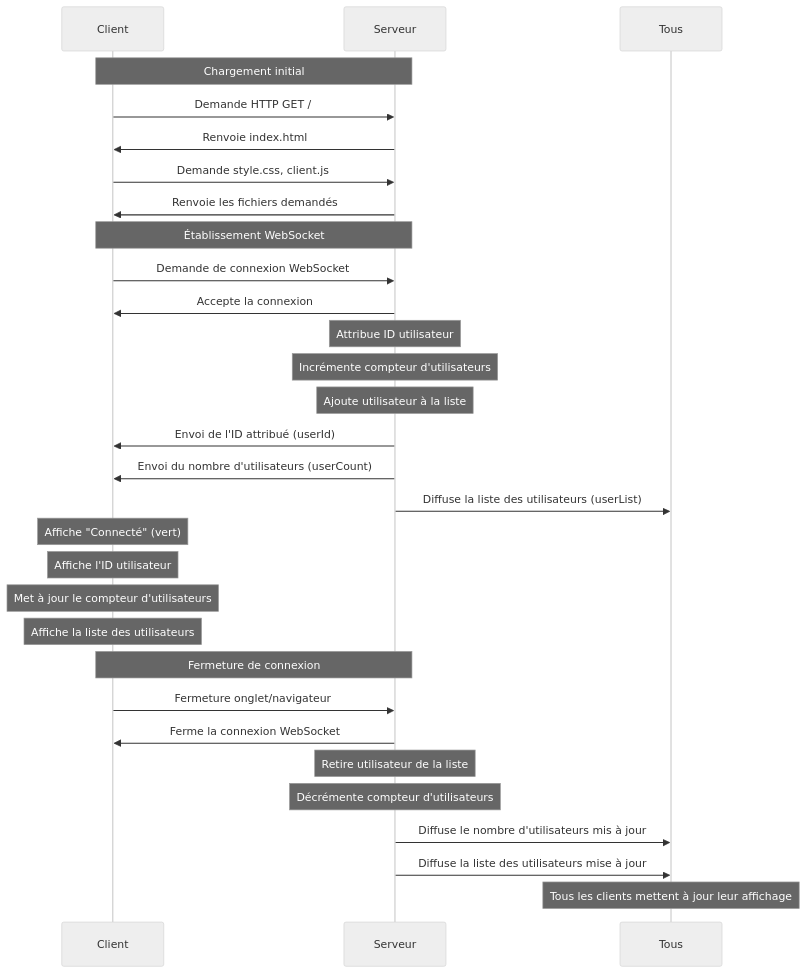
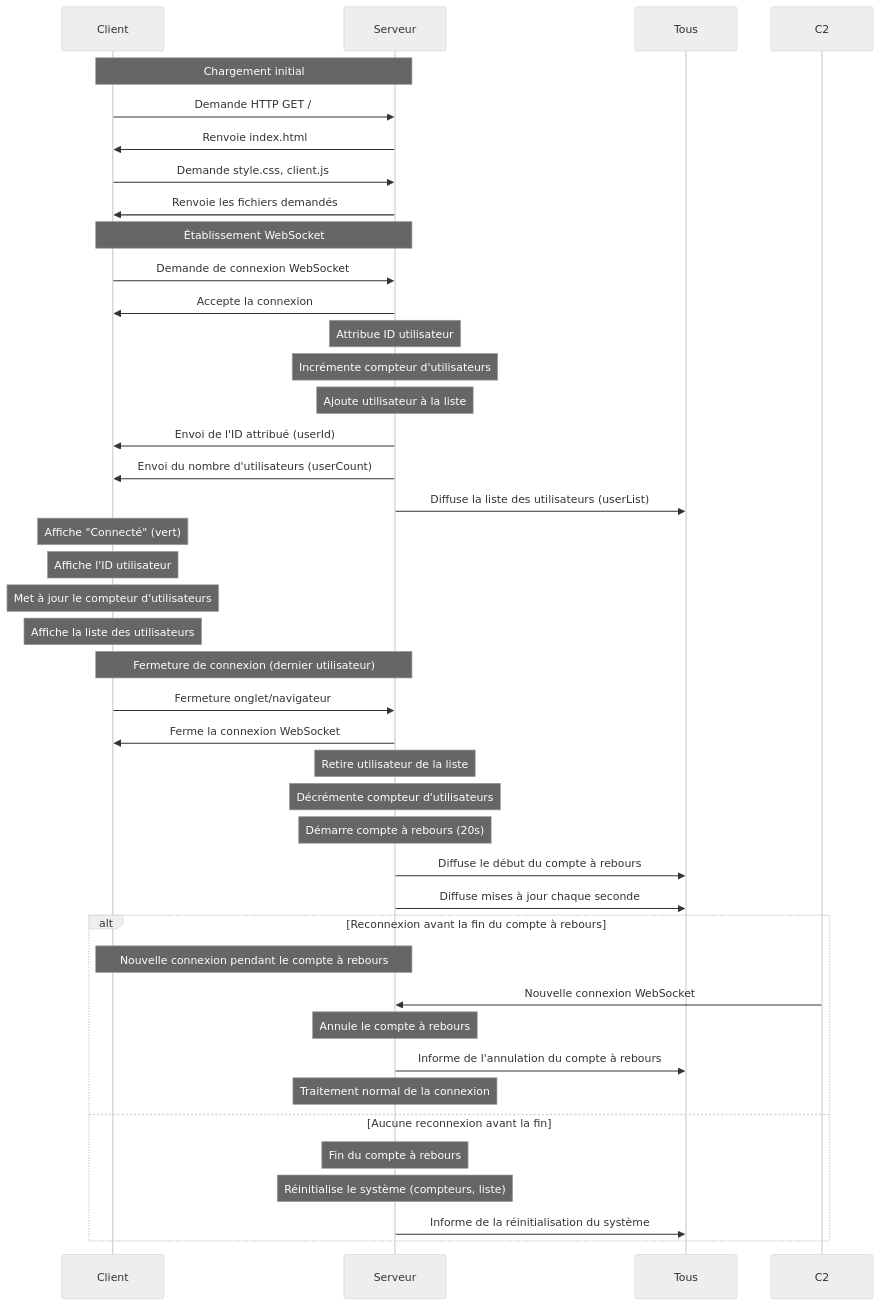
Before and after one commit to nicolasmbronner/basic-websocket-prototype: the first of 2 diagrams in docs/technical.md, drawn with Mermaid (neutral theme). The commit also changed other lines of this file and 5 other files, not shown here.

````diff
--- a/docs/technical.md
+++ b/docs/technical.md
@@ -9,34 +9,46 @@
 ```mermaid
 sequenceDiagram
     participant C as Client
     participant S as Serveur
 
     Note over C,S: Chargement initial
     C->>S: Demande HTTP GET /
     S->>C: Renvoie index.html
     C->>S: Demande style.css, client.js
     S->>C: Renvoie les fichiers demandés
     
     Note over C,S: Établissement WebSocket
     C->>S: Demande de connexion WebSocket
     S->>C: Accepte la connexion
     Note over S: Attribue ID utilisateur
     Note over S: Incrémente compteur d'utilisateurs
     Note over S: Ajoute utilisateur à la liste
     S->>C: Envoi de l'ID attribué (userId)
     S->>C: Envoi du nombre d'utilisateurs (userCount)
     S->>Tous: Diffuse la liste des utilisateurs (userList)
     Note over C: Affiche "Connecté" (vert)
     Note over C: Affiche l'ID utilisateur
     Note over C: Met à jour le compteur d'utilisateurs
     Note over C: Affiche la liste des utilisateurs
     
-    Note over C,S: Fermeture de connexion
+    Note over C,S: Fermeture de connexion (dernier utilisateur)
     C->>S: Fermeture onglet/navigateur
     S->>C: Ferme la connexion WebSocket
     Note over S: Retire utilisateur de la liste
     Note over S: Décrémente compteur d'utilisateurs
-    S->>Tous: Diffuse le nombre d'utilisateurs mis à jour
-    S->>Tous: Diffuse la liste des utilisateurs mise à jour
-    Note over Tous: Tous les clients mettent à jour leur affichage
+    Note over S: Démarre compte à rebours (20s)
+    S->>Tous: Diffuse le début du compte à rebours
+    S->>Tous: Diffuse mises à jour chaque seconde
+    
+    alt Reconnexion avant la fin du compte à rebours
+        Note over C,S: Nouvelle connexion pendant le compte à rebours
+        C2->>S: Nouvelle connexion WebSocket
+        Note over S: Annule le compte à rebours
+        S->>Tous: Informe de l'annulation du compte à rebours
+        Note over S: Traitement normal de la connexion
+    else Aucune reconnexion avant la fin
+        Note over S: Fin du compte à rebours
+        Note over S: Réinitialise le système (compteurs, liste)
+        S->>Tous: Informe de la réinitialisation du système
+    end
 ```
````
